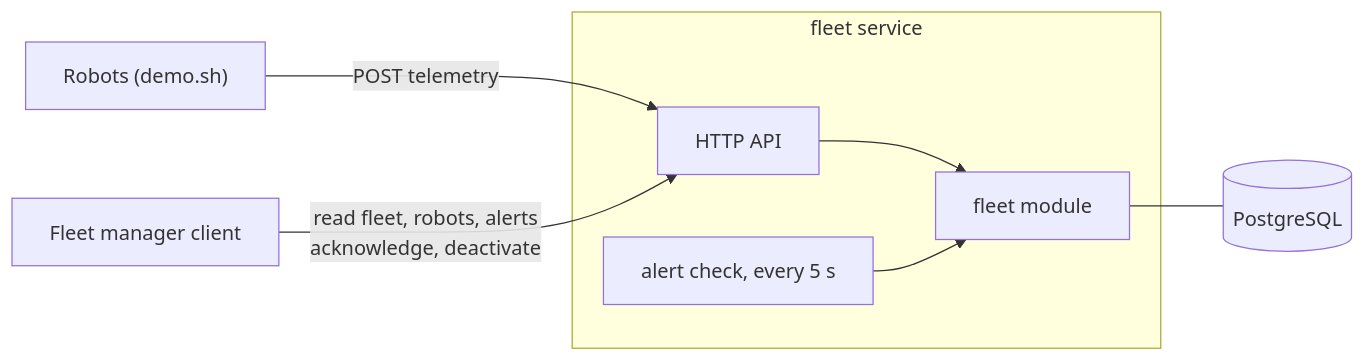
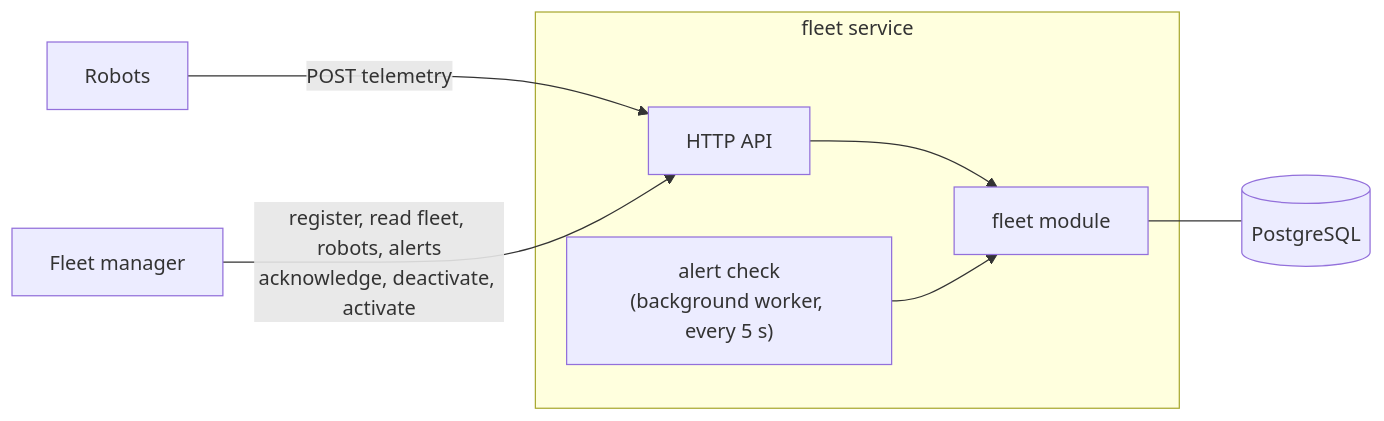
One commit to mojtaba-gheytasi/robot-fleet-management changed the diagram in README.md. Above: the diagram before and after it, drawn with Mermaid.

Commit message:
Docs: Simplify the README diagram

````diff
--- a/README.md
+++ b/README.md
@@ -25,10 +25,10 @@
 ```mermaid
 flowchart LR
-    Robots["Robots (demo.sh)"] -->|POST telemetry| API[HTTP API]
-    Manager[Fleet manager client] -->|read fleet, robots, alerts<br/>acknowledge, deactivate| API
+    Robots -->|POST telemetry| API[HTTP API]
+    Manager[Fleet manager] -->|register, read fleet, robots, alerts<br/>acknowledge, deactivate, activate| API
     subgraph service["fleet service"]
         API --> Fleet[fleet module]
-        Check[alert check, every 5 s] --> Fleet
+        Check["alert check<br/>(background worker, every 5 s)"] --> Fleet
     end
     Fleet --- DB[(PostgreSQL)]
 ```
````
